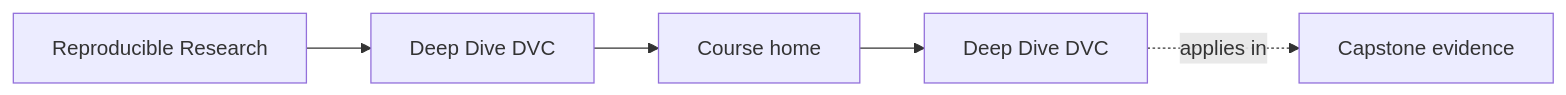
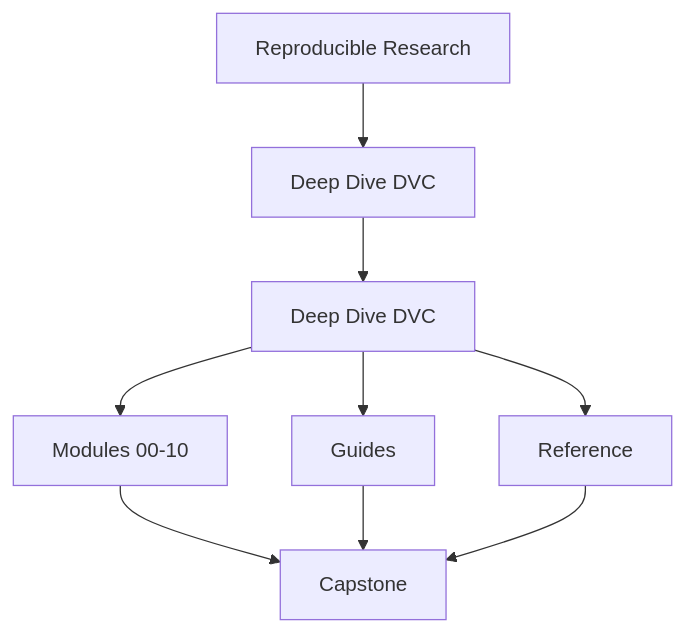
Before and after one commit to bijux/bijux-masterclass: the first of 3 diagrams in programs/reproducible-research/deep-dive-dvc/course-book/index.md, drawn with Mermaid. The commit also changed other lines of this file and 2 other files, not shown here.

Commit message:
docs(deep-dive-dvc): reframe course-book entry diagrams

````diff
--- a/programs/reproducible-research/deep-dive-dvc/course-book/index.md
+++ b/programs/reproducible-research/deep-dive-dvc/course-book/index.md
@@ -7,11 +7,11 @@
 ```mermaid
-graph LR
-  family["Reproducible Research"]
-  program["Deep Dive DVC"]
-  section["Course home"]
-  page["Deep Dive DVC"]
-  capstone["Capstone evidence"]
-
-  family --> program --> section --> page
-  page -.applies in.-> capstone
+flowchart TD
+  family["Reproducible Research"] --> program["Deep Dive DVC"]
+  program --> home["Deep Dive DVC"]
+  home --> modules["Modules 00-10"]
+  home --> guides["Guides"]
+  home --> reference["Reference"]
+  modules --> capstone["Capstone"]
+  guides --> capstone
+  reference --> capstone
 ```
````
